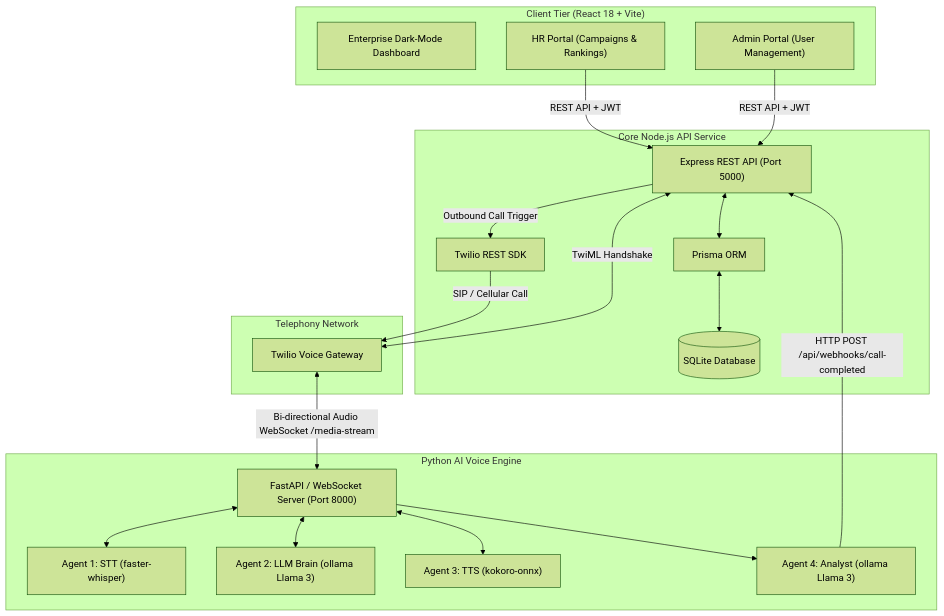
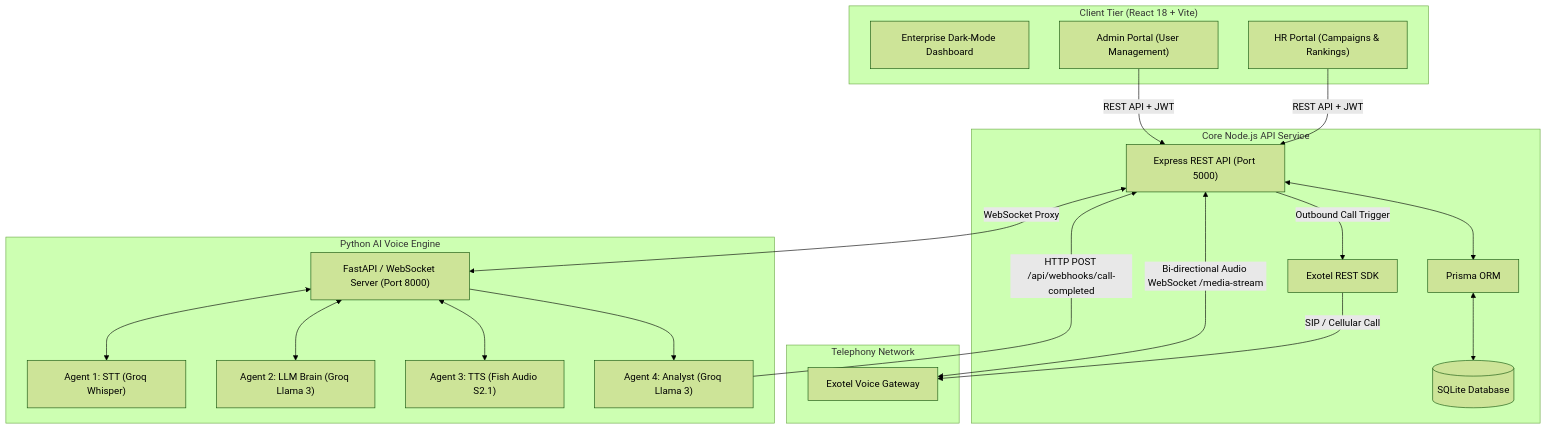
The first of 4 diagrams in PROJECT_SUMMARY.md (TusharDayma/MERN_AI_CALLING), drawn with Mermaid (forest theme) before and after one commit. The commit also changed other lines of this file and 48 other files, not shown here.

````diff
--- a/PROJECT_SUMMARY.md
+++ b/PROJECT_SUMMARY.md
@@ -18,39 +18,39 @@
 ```mermaid
 flowchart TB
     subgraph Frontend["Client Tier (React 18 + Vite)"]
         UI["Enterprise Dark-Mode Dashboard"]
         AdminUI["Admin Portal (User Management)"]
         HRUI["HR Portal (Campaigns & Rankings)"]
     end
 
     subgraph Backend["Core Node.js API Service"]
         API["Express REST API (Port 5000)"]
         Prisma["Prisma ORM"]
         DB[(SQLite Database)]
-        TwilioSDK["Twilio REST SDK"]
+        ExotelSDK["Exotel REST SDK"]
     end
 
     subgraph Telephony["Telephony Network"]
-        Twilio["Twilio Voice Gateway"]
+        Exotel["Exotel Voice Gateway"]
     end
 
     subgraph AIEngine["Python AI Voice Engine"]
         FastAPI["FastAPI / WebSocket Server (Port 8000)"]
-        STT["Agent 1: STT (faster-whisper)"]
-        LLM["Agent 2: LLM Brain (ollama Llama 3)"]
-        TTS["Agent 3: TTS (kokoro-onnx)"]
-        Ranker["Agent 4: Analyst (ollama Llama 3)"]
+        STT["Agent 1: STT (Groq Whisper)"]
+        LLM["Agent 2: LLM Brain (Groq Llama 3)"]
+        TTS["Agent 3: TTS (Fish Audio S2.1)"]
+        Ranker["Agent 4: Analyst (Groq Llama 3)"]
     end
 
     HRUI -->|REST API + JWT| API
     AdminUI -->|REST API + JWT| API
     API <--> Prisma <--> DB
-    API -->|Outbound Call Trigger| TwilioSDK -->|SIP / Cellular Call| Twilio
-    Twilio <-->|TwiML Handshake| API
-    Twilio <-->|Bi-directional Audio WebSocket /media-stream| FastAPI
+    API -->|Outbound Call Trigger| ExotelSDK -->|SIP / Cellular Call| Exotel
+    Exotel <-->|Bi-directional Audio WebSocket /media-stream| API
+    API <-->|WebSocket Proxy| FastAPI
     FastAPI <--> STT
     FastAPI <--> LLM
     FastAPI <--> TTS
     FastAPI --> Ranker
     Ranker -->|HTTP POST /api/webhooks/call-completed| API
 ```
````
